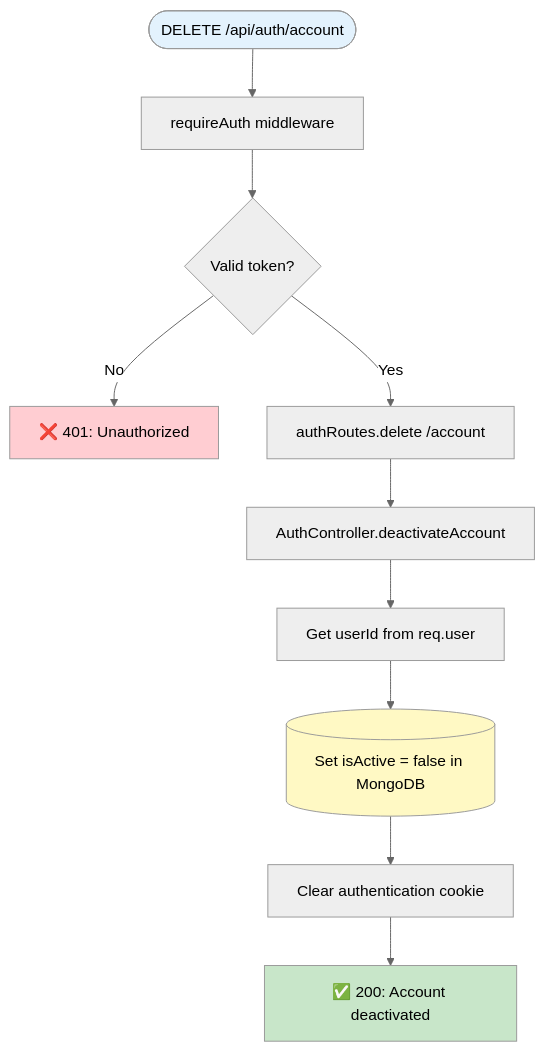
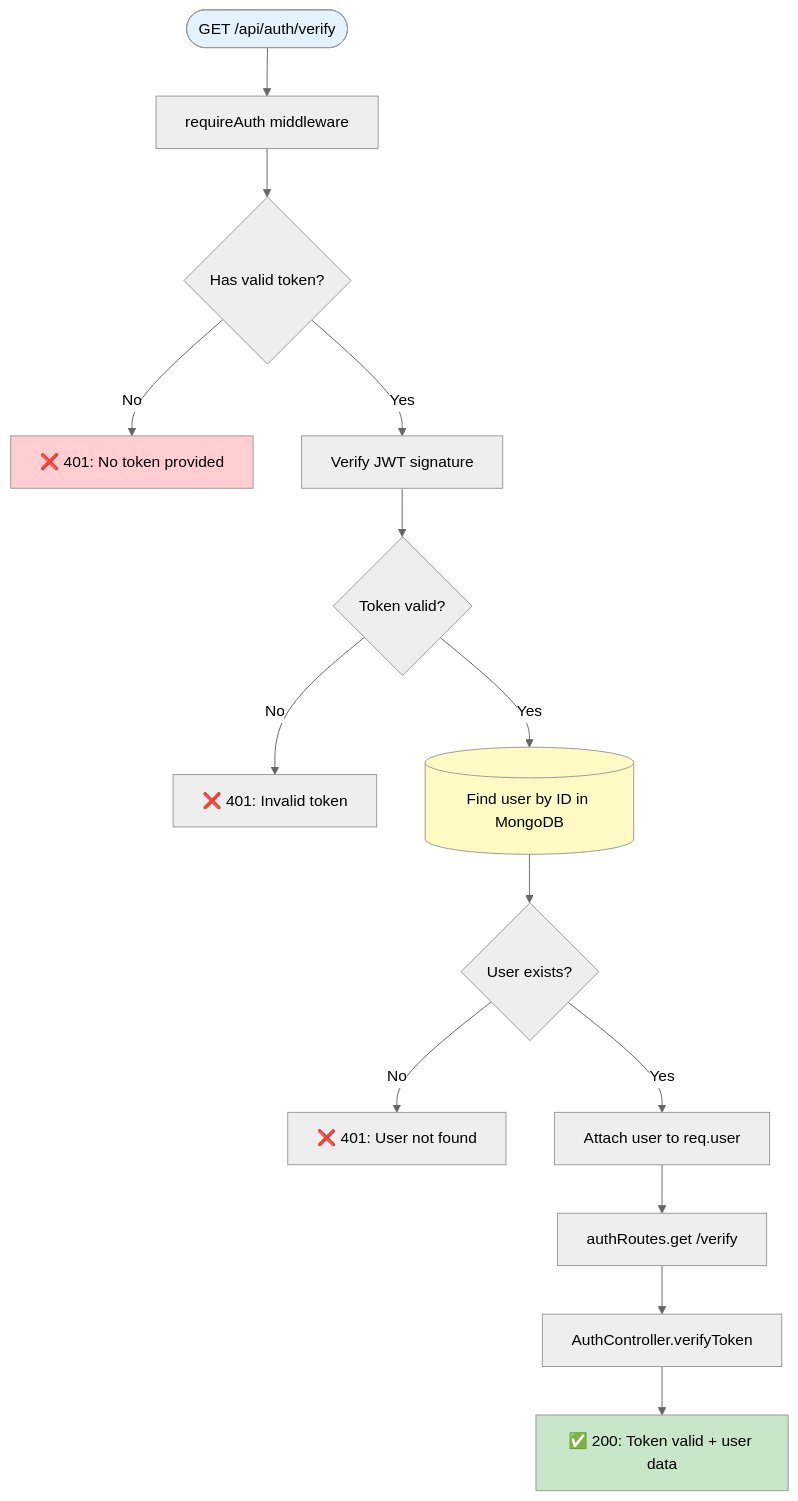
One commit to shmuelkapiloff/simple- changed the fourth of 11 diagrams in docs/SERVER_ENDPOINTS_MAP.md. Above: the diagram before and after it, drawn with Mermaid (neutral theme). The commit also changed other lines of this file and 1 other file, not shown here.

Commit message:
fix: Repair broken Mermaid diagrams - remove malformed syntax and incomplete code blocks

````diff
--- a/docs/SERVER_ENDPOINTS_MAP.md
+++ b/docs/SERVER_ENDPOINTS_MAP.md
@@ -541,20 +265,25 @@
 ```mermaid
 flowchart TD
-    Request([DELETE /api/auth/account]) --> RequireAuth[requireAuth middleware]
-    RequireAuth --> CheckToken{Valid token?}
-    CheckToken -->|No| Return401["❌ 401: Unauthorized"]
-    CheckToken -->|Yes| RouteHandler[authRoutes.delete /account]
+    Request([GET /api/auth/verify]) --> RequireAuth[requireAuth middleware]
     
-    RouteHandler --> Controller[AuthController.deactivateAccount]
-    Controller --> GetUserId[Get userId from req.user]
-    GetUserId --> UpdateUser[(Set isActive = false in MongoDB)]
+    RequireAuth --> CheckToken{Has valid token?}
+    CheckToken -->|No| Return401["❌ 401: No token provided"]
+    CheckToken -->|Yes| VerifyJWT[Verify JWT signature]
     
-    UpdateUser --> ClearCookie[Clear authentication cookie]
-    ClearCookie --> Return200["✅ 200: Account deactivated"]
+    VerifyJWT --> TokenValid{Token valid?}
+    TokenValid -->|No| Return401Invalid["❌ 401: Invalid token"]
+    TokenValid -->|Yes| FindUser[(Find user by ID in MongoDB)]
     
+    FindUser --> UserExists{User exists?}
+    UserExists -->|No| Return401User["❌ 401: User not found"]
+    UserExists -->|Yes| AttachUser[Attach user to req.user]
+    
+    AttachUser --> RouteHandler[authRoutes.get /verify]
+    RouteHandler --> Controller[AuthController.verifyToken]
+    Controller --> Return200["✅ 200: Token valid + user data"]
     
     style Request fill:#e3f2fd
     style Return200 fill:#c8e6c9
     style Return401 fill:#ffcdd2
-    style UpdateUser fill:#fff9c4
+    style FindUser fill:#fff9c4
 ```
````
